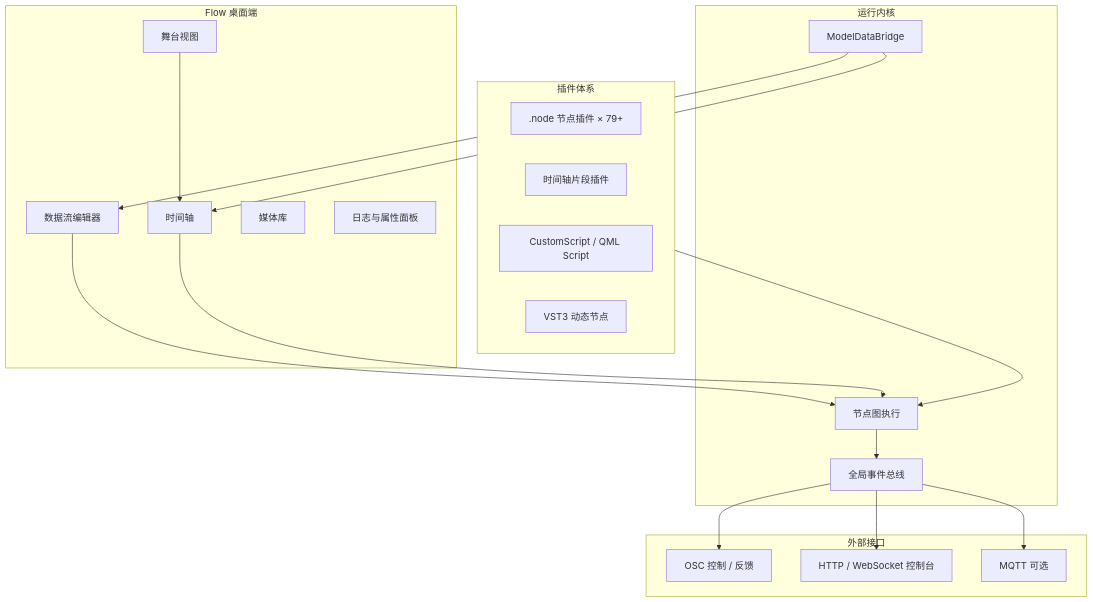
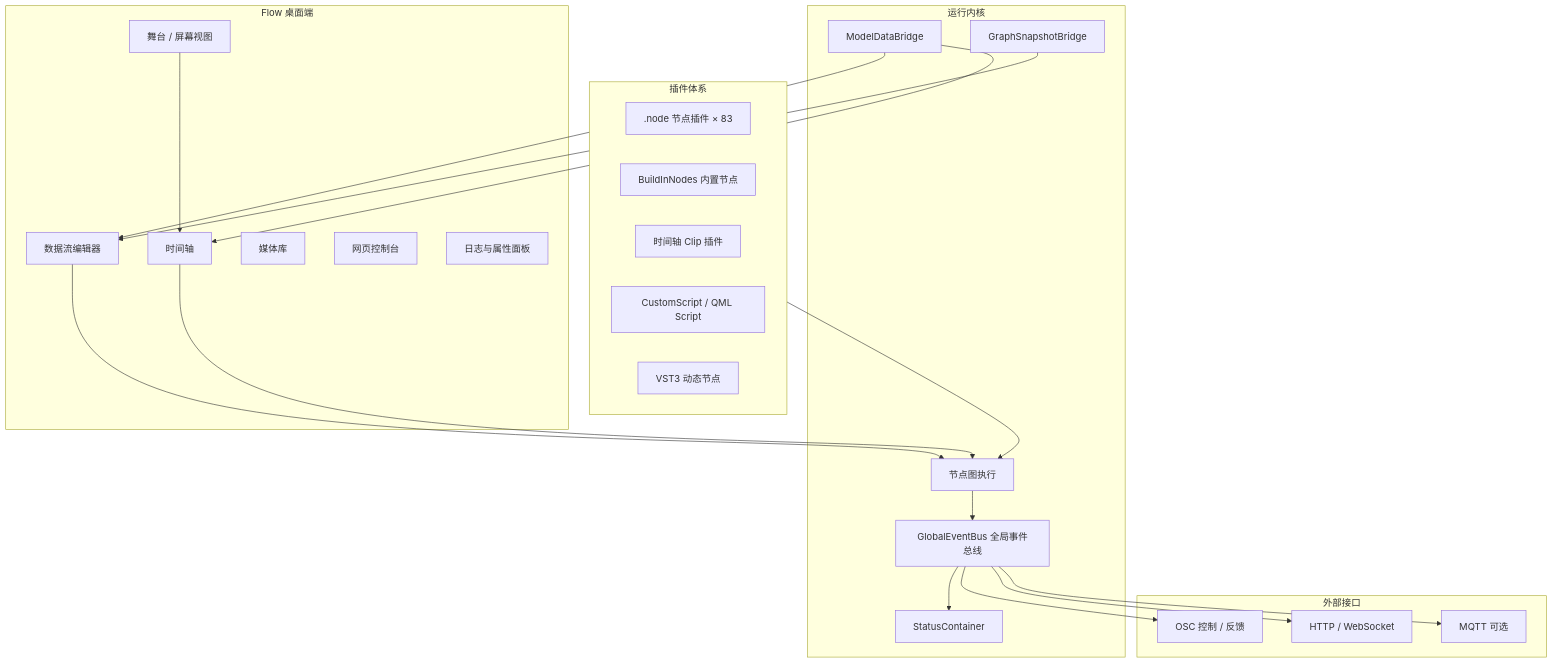
Before and after one commit to bwll1989/NodeEditorCPP: the diagram in README.md, drawn with Mermaid. The commit also changed other lines of this file and 60 other files, not shown here.

````diff
--- a/README.md
+++ b/README.md
@@ -24,40 +35,46 @@
 ```mermaid
 flowchart TB
     subgraph UI["Flow 桌面端"]
         DF[数据流编辑器]
         TL[时间轴]
-        ST[舞台视图]
+        ST[舞台 / 屏幕视图]
         ML[媒体库]
+        EC[网页控制台]
         LG[日志与属性面板]
     end
 
     subgraph Runtime["运行内核"]
         NP[节点图执行]
-        EV[全局事件总线]
+        EV[GlobalEventBus 全局事件总线]
         BR[ModelDataBridge]
+        GS[GraphSnapshotBridge]
+        SC[StatusContainer]
     end
 
     subgraph External["外部接口"]
         OSC[OSC 控制 / 反馈]
-        HTTP[HTTP / WebSocket 控制台]
+        HTTP[HTTP / WebSocket]
         MQTT[MQTT 可选]
     end
 
     subgraph Plugins["插件体系"]
-        Nodes[".node 节点插件 × 79+"]
-        Clips["时间轴片段插件"]
+        Nodes[".node 节点插件 × 83"]
+        BuildIn[BuildInNodes 内置节点]
+        Clips["时间轴 Clip 插件"]
         JS["CustomScript / QML Script"]
         VST["VST3 动态节点"]
     end
 
     DF --> NP
     TL --> NP
     ST --> TL
     NP --> EV
     EV --> OSC
     EV --> HTTP
     EV --> MQTT
+    EV --> SC
     Plugins --> NP
     BR --> DF
     BR --> TL
+    GS --> DF
 ```
````
